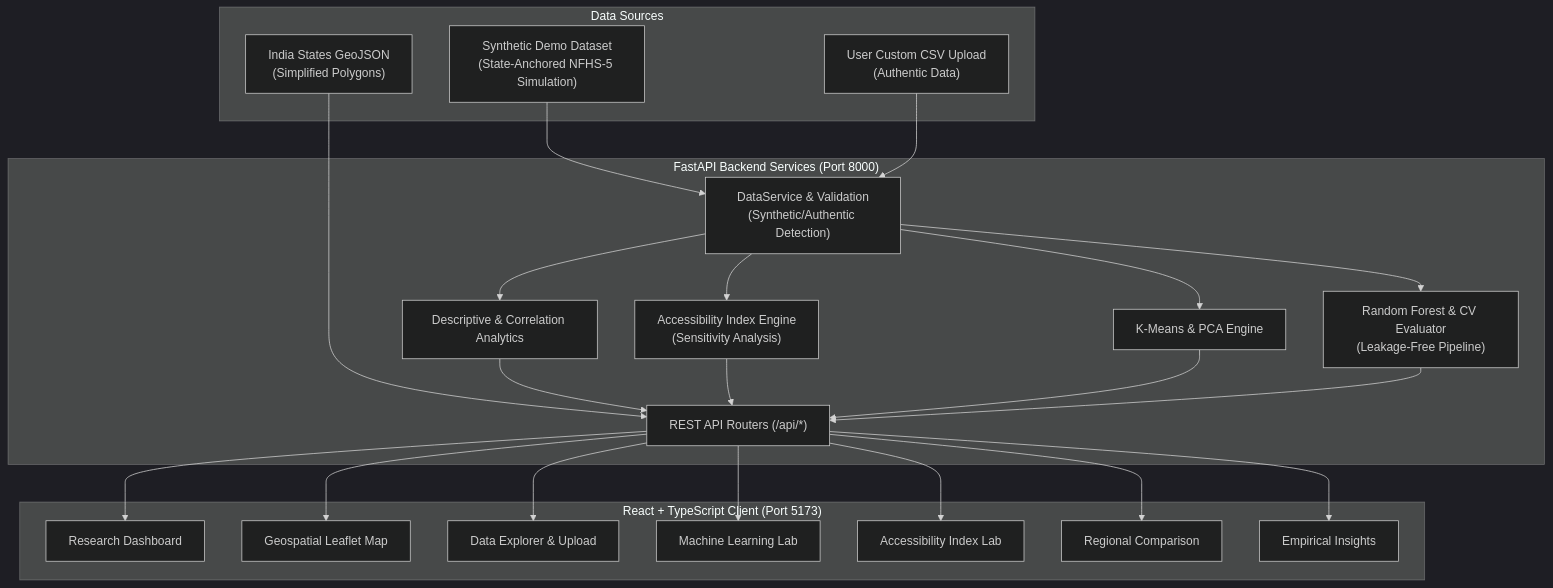
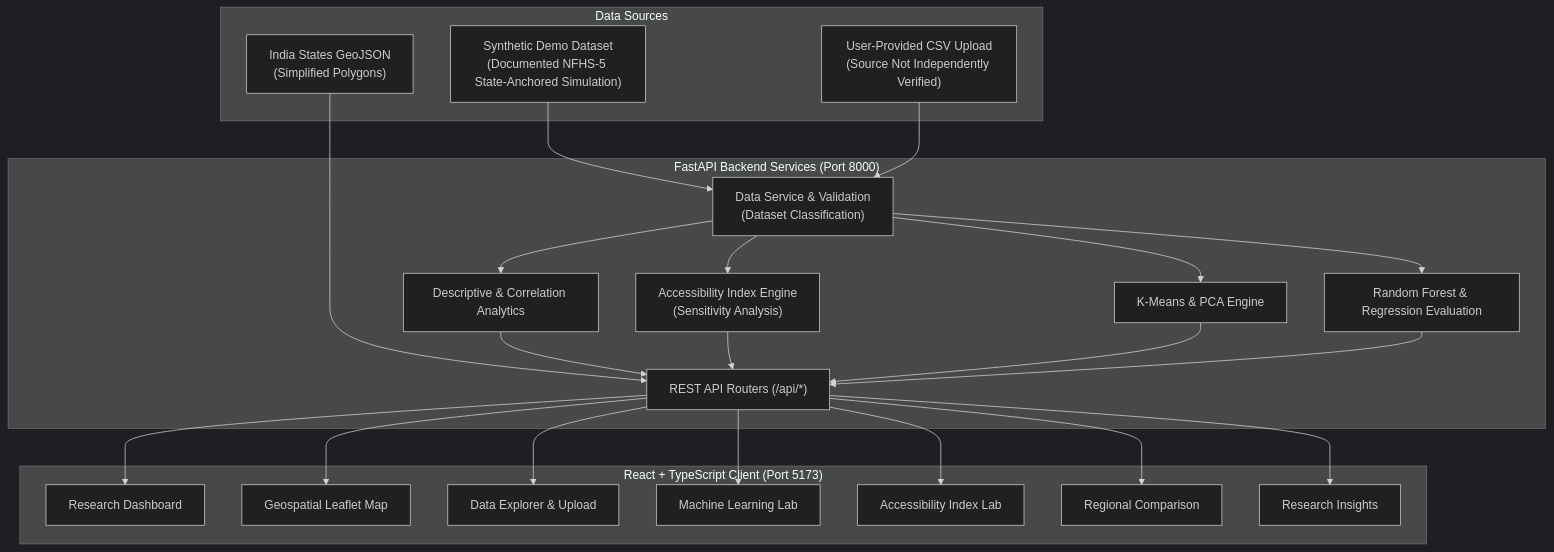
Before and after one commit to ritkritig/MaternaAI: the diagram in README.md, drawn with Mermaid (dark theme). The commit also changed other lines of this file, not shown here.

First line of the commit message:
Revise README for dataset and project details

````diff
--- a/README.md
+++ b/README.md
@@ -62,49 +81,49 @@
 ```mermaid
 flowchart TD
     subgraph Data_Layer ["Data Sources"]
-        SYNTH["Synthetic Demo Dataset\n(State-Anchored NFHS-5 Simulation)"]
-        CSV_IN["User Custom CSV Upload\n(Authentic Data)"]
-        GEO["India States GeoJSON\n(Simplified Polygons)"]
+        SYNTH["Synthetic Demo Dataset<br/>(Documented NFHS-5 State-Anchored Simulation)"]
+        CSV_IN["User-Provided CSV Upload<br/>(Source Not Independently Verified)"]
+        GEO["India States GeoJSON<br/>(Simplified Polygons)"]
     end
 
     subgraph Backend_Core ["FastAPI Backend Services (Port 8000)"]
-        DS["DataService & Validation\n(Synthetic/Authentic Detection)"]
+        DS["Data Service & Validation<br/>(Dataset Classification)"]
         STAT["Descriptive & Correlation Analytics"]
-        INDEX["Accessibility Index Engine\n(Sensitivity Analysis)"]
+        INDEX["Accessibility Index Engine<br/>(Sensitivity Analysis)"]
         ML_CLUST["K-Means & PCA Engine"]
-        ML_REG["Random Forest & CV Evaluator\n(Leakage-Free Pipeline)"]
+        ML_REG["Random Forest & Regression Evaluation"]
         API["REST API Routers (/api/*)"]
     end
 
     subgraph Frontend_UI ["React + TypeScript Client (Port 5173)"]
         DASH["Research Dashboard"]
         MAP_VIEW["Geospatial Leaflet Map"]
         EXP["Data Explorer & Upload"]
         LAB["Machine Learning Lab"]
         ACCLAB["Accessibility Index Lab"]
         REG_COMP["Regional Comparison"]
-        INSIGHTS["Empirical Insights"]
+        INSIGHTS["Research Insights"]
     end
 
     SYNTH --> DS
     CSV_IN --> DS
     GEO --> API
 
     DS --> STAT
     DS --> INDEX
     DS --> ML_CLUST
     DS --> ML_REG
 
     STAT --> API
     INDEX --> API
     ML_CLUST --> API
     ML_REG --> API
 
     API --> DASH
     API --> MAP_VIEW
     API --> EXP
     API --> LAB
     API --> ACCLAB
     API --> REG_COMP
     API --> INSIGHTS
 ```
````
